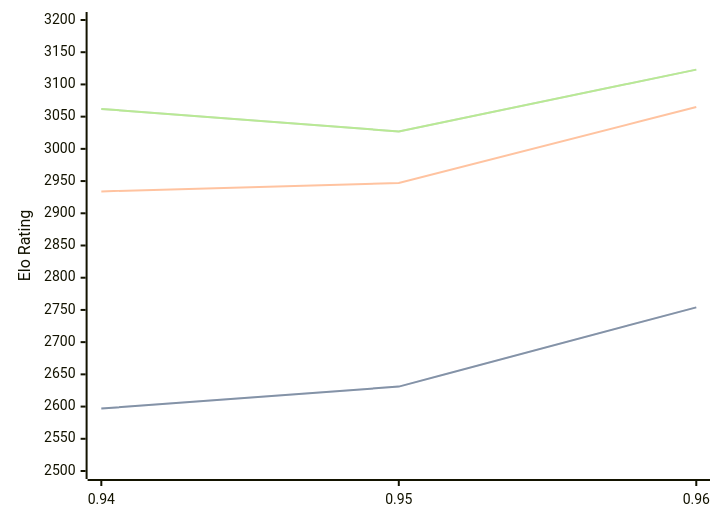
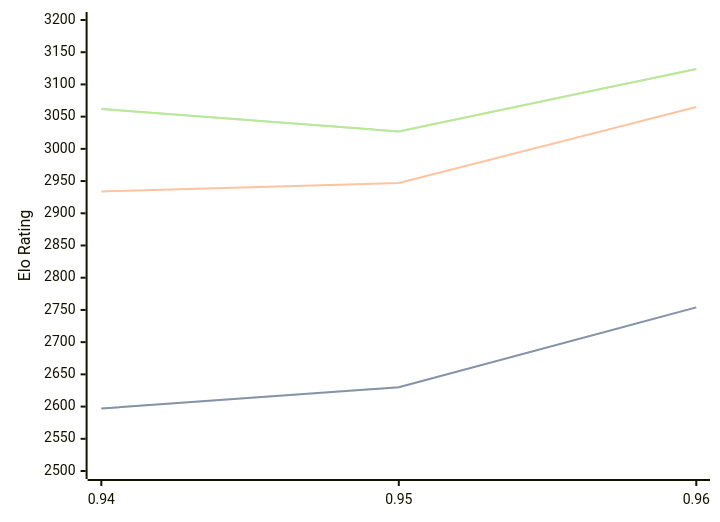
One commit to computer-chess-index/cci changed the diagram in engines/Myrddin.md. Above: the diagram before and after it, drawn with Mermaid. The commit also changed other lines of this file, not shown here.

Commit message:
Update CCI Ratings (ELO VLTC) - 2026-09-17

````diff
--- a/engines/Myrddin.md
+++ b/engines/Myrddin.md
@@ -33,11 +33,11 @@
 ```mermaid
 %%{init: {"theme":"base","themeVariables":{"seriesColors:['#a3a3a3','#222221','#faa371']}}}%%
 xychart-beta
   x-axis ["0.94", "0.95", "0.96"]
   y-axis "Elo Rating" 2500 --> 3200
-  line "" [2597, 2631, 2754]
-  line "STC (8.0+0.08s)" [2597, 2631, 2754]
+  line "" [2597, 2630, 2754]
+  line "STC (8.0+0.08s)" [2597, 2630, 2754]
   line "LTC (60.0+0.60s)" [2934, 2947, 3065]
-  line "" [3062, 3027, 3123]
-  line "VLTC (2m24s+1.12s)" [3062, 3027, 3123]
+  line "" [3062, 3027, 3124]
+  line "VLTC (2m24s+1.12s)" [3062, 3027, 3124]
 ```
````
